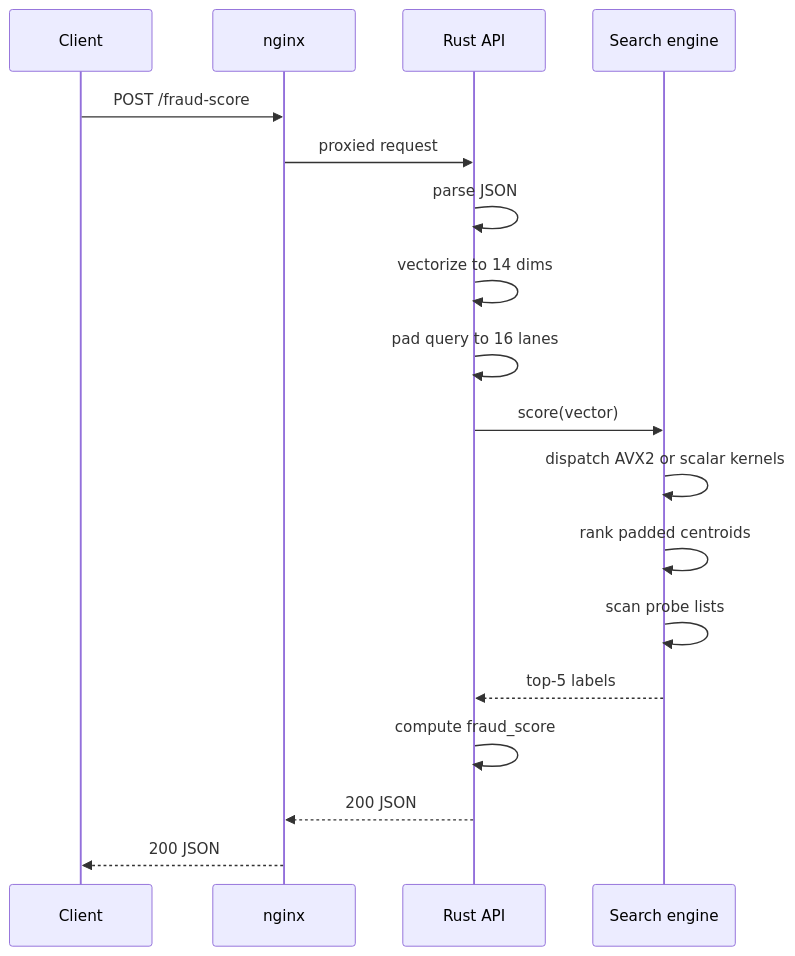
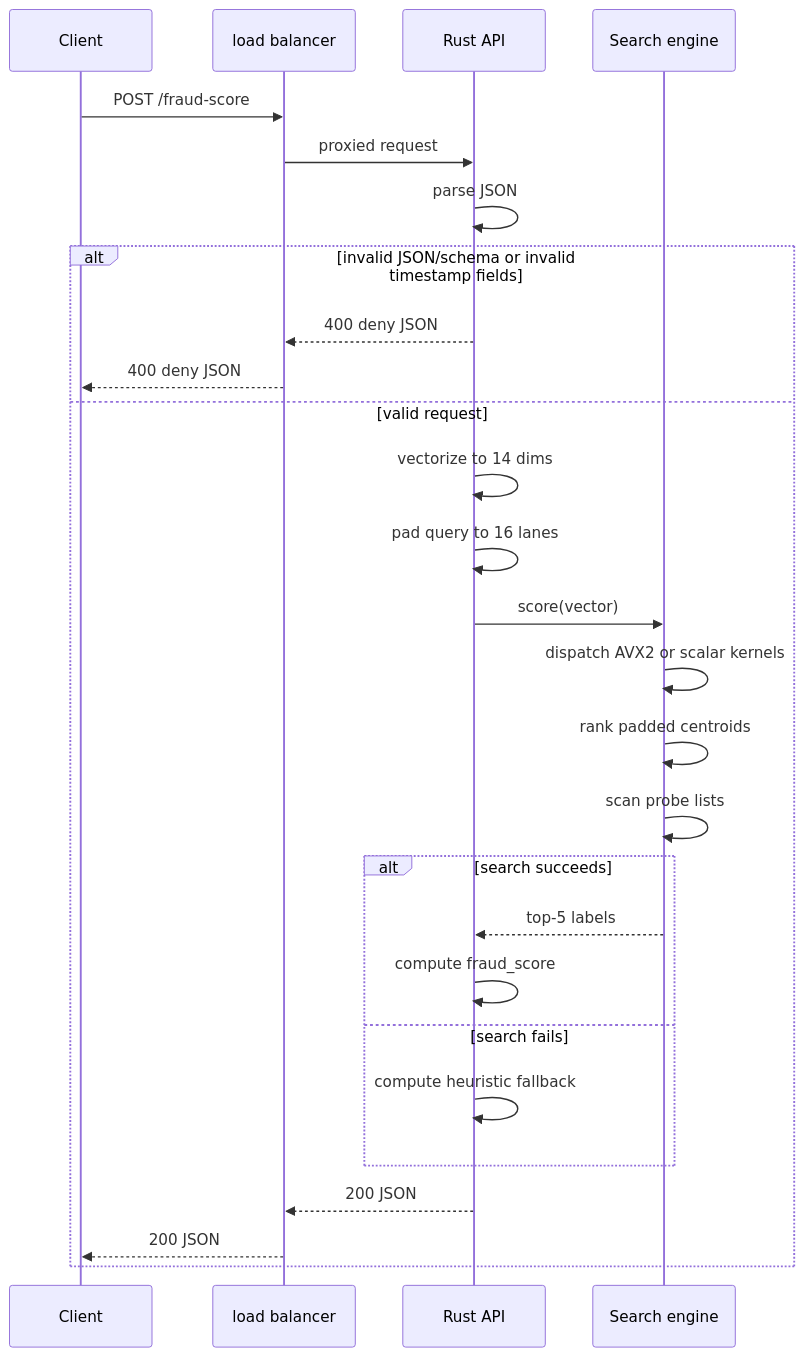
One commit to zanfranceschi/rinha-de-backend-2026 changed the fifth of 5 diagrams in docs/en/IMPLEMENTATION_C4.md. Above: the diagram before and after it, drawn with Mermaid. The commit also changed other lines of this file and 8 other files, not shown here.

````diff
--- a/docs/en/IMPLEMENTATION_C4.md
+++ b/docs/en/IMPLEMENTATION_C4.md
@@ -132,21 +143,30 @@
 ```mermaid
 sequenceDiagram
     participant C as Client
-    participant N as nginx
+    participant L as load balancer
     participant A as Rust API
     participant S as Search engine
 
-    C->>N: POST /fraud-score
-    N->>A: proxied request
+    C->>L: POST /fraud-score
+    L->>A: proxied request
     A->>A: parse JSON
-    A->>A: vectorize to 14 dims
-    A->>A: pad query to 16 lanes
-    A->>S: score(vector)
-    S->>S: dispatch AVX2 or scalar kernels
-    S->>S: rank padded centroids
-    S->>S: scan probe lists
-    S-->>A: top-5 labels
-    A->>A: compute fraud_score
-    A-->>N: 200 JSON
-    N-->>C: 200 JSON
+    alt invalid JSON/schema or invalid timestamp fields
+        A-->>L: 400 deny JSON
+        L-->>C: 400 deny JSON
+    else valid request
+        A->>A: vectorize to 14 dims
+        A->>A: pad query to 16 lanes
+        A->>S: score(vector)
+        S->>S: dispatch AVX2 or scalar kernels
+        S->>S: rank padded centroids
+        S->>S: scan probe lists
+        alt search succeeds
+            S-->>A: top-5 labels
+            A->>A: compute fraud_score
+        else search fails
+            A->>A: compute heuristic fallback
+        end
+        A-->>L: 200 JSON
+        L-->>C: 200 JSON
+    end
 ```
````
